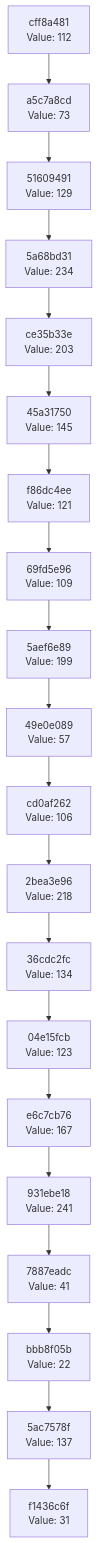
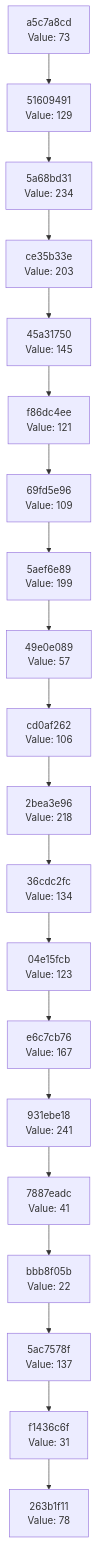
The diagram in docs/CHAIN_VISUALIZATION.md (Abhisheksinha1506/hash-chain-evolver), drawn with Mermaid before and after one commit. The commit also changed 3 other files, not shown here.

````diff
--- a/docs/CHAIN_VISUALIZATION.md
+++ b/docs/CHAIN_VISUALIZATION.md
@@ -3,42 +3,42 @@
 ```mermaid
 graph TD
-    C0["f1436c6f<br/>Value: 31"]
-    C1["5ac7578f<br/>Value: 137"]
+    C0["263b1f11<br/>Value: 78"]
+    C1["f1436c6f<br/>Value: 31"]
     C1 --> C0
-    C2["bbb8f05b<br/>Value: 22"]
+    C2["5ac7578f<br/>Value: 137"]
     C2 --> C1
-    C3["7887eadc<br/>Value: 41"]
+    C3["bbb8f05b<br/>Value: 22"]
     C3 --> C2
-    C4["931ebe18<br/>Value: 241"]
+    C4["7887eadc<br/>Value: 41"]
     C4 --> C3
-    C5["e6c7cb76<br/>Value: 167"]
+    C5["931ebe18<br/>Value: 241"]
     C5 --> C4
-    C6["04e15fcb<br/>Value: 123"]
+    C6["e6c7cb76<br/>Value: 167"]
     C6 --> C5
-    C7["36cdc2fc<br/>Value: 134"]
+    C7["04e15fcb<br/>Value: 123"]
     C7 --> C6
-    C8["2bea3e96<br/>Value: 218"]
+    C8["36cdc2fc<br/>Value: 134"]
     C8 --> C7
-    C9["cd0af262<br/>Value: 106"]
+    C9["2bea3e96<br/>Value: 218"]
     C9 --> C8
-    C10["49e0e089<br/>Value: 57"]
+    C10["cd0af262<br/>Value: 106"]
     C10 --> C9
-    C11["5aef6e89<br/>Value: 199"]
+    C11["49e0e089<br/>Value: 57"]
     C11 --> C10
-    C12["69fd5e96<br/>Value: 109"]
+    C12["5aef6e89<br/>Value: 199"]
     C12 --> C11
-    C13["f86dc4ee<br/>Value: 121"]
+    C13["69fd5e96<br/>Value: 109"]
     C13 --> C12
-    C14["45a31750<br/>Value: 145"]
+    C14["f86dc4ee<br/>Value: 121"]
     C14 --> C13
-    C15["ce35b33e<br/>Value: 203"]
+    C15["45a31750<br/>Value: 145"]
     C15 --> C14
-    C16["5a68bd31<br/>Value: 234"]
+    C16["ce35b33e<br/>Value: 203"]
     C16 --> C15
-    C17["51609491<br/>Value: 129"]
+    C17["5a68bd31<br/>Value: 234"]
     C17 --> C16
-    C18["a5c7a8cd<br/>Value: 73"]
+    C18["51609491<br/>Value: 129"]
     C18 --> C17
-    C19["cff8a481<br/>Value: 112"]
+    C19["a5c7a8cd<br/>Value: 73"]
     C19 --> C18
 ```
````
